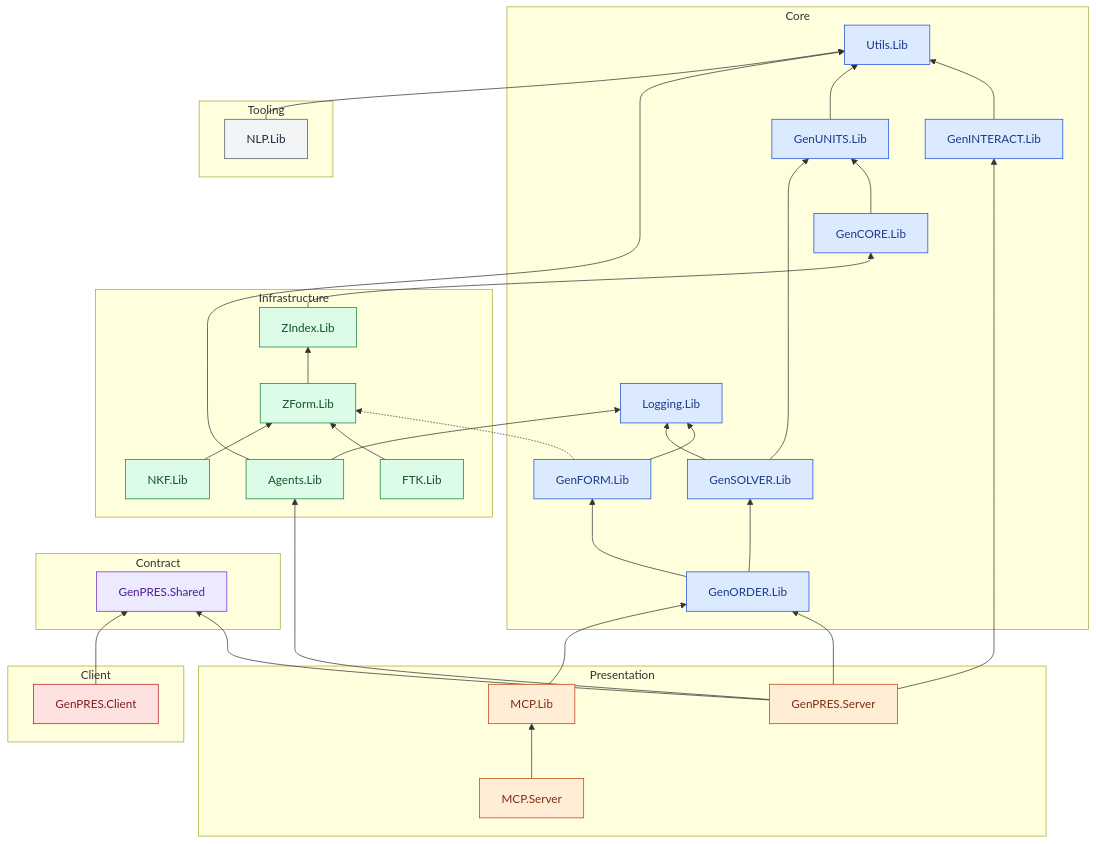
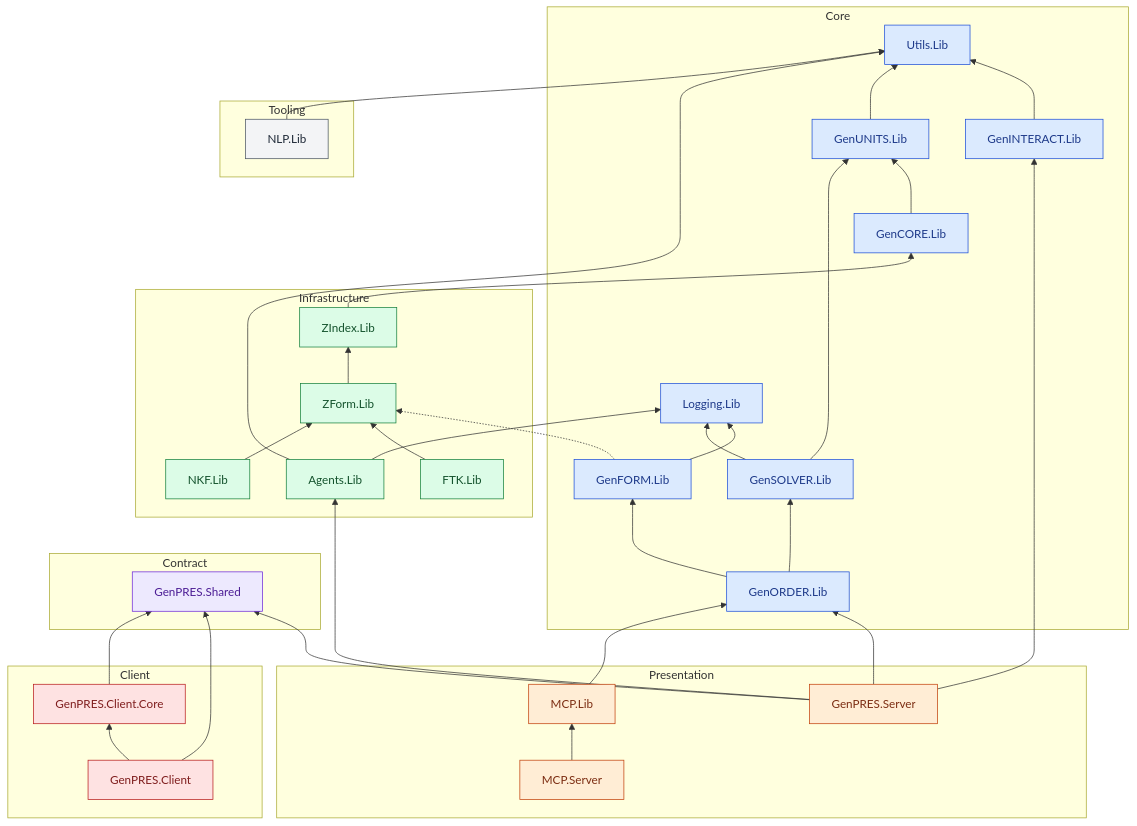
Before and after one commit to informedica/GenPRES: the diagram in ARCHITECTURE.md, drawn with Mermaid. The commit also changed other lines of this file and 19 other files, not shown here.

````diff
--- a/ARCHITECTURE.md
+++ b/ARCHITECTURE.md
@@ -23,69 +23,72 @@
 ```mermaid
 graph BT
     subgraph Core
         GenCORE_Lib["GenCORE.Lib"]
         GenFORM_Lib["GenFORM.Lib"]
         GenINTERACT_Lib["GenINTERACT.Lib"]
         GenORDER_Lib["GenORDER.Lib"]
         GenSOLVER_Lib["GenSOLVER.Lib"]
         GenUNITS_Lib["GenUNITS.Lib"]
         Logging_Lib["Logging.Lib"]
         Utils_Lib["Utils.Lib"]
     end
     subgraph Contract
         GenPRES_Shared["GenPRES.Shared"]
     end
     subgraph Infrastructure
         Agents_Lib["Agents.Lib"]
         FTK_Lib["FTK.Lib"]
         NKF_Lib["NKF.Lib"]
         ZForm_Lib["ZForm.Lib"]
         ZIndex_Lib["ZIndex.Lib"]
     end
     subgraph Presentation
         GenPRES_Server["GenPRES.Server"]
         MCP_Lib["MCP.Lib"]
         MCP_Server["MCP.Server"]
     end
     subgraph Client
         GenPRES_Client["GenPRES.Client"]
+        GenPRES_Client_Core["GenPRES.Client.Core"]
     end
     subgraph Tooling
         NLP_Lib["NLP.Lib"]
     end
     GenCORE_Lib --> GenUNITS_Lib
     GenFORM_Lib --> Logging_Lib
     GenFORM_Lib -.-> ZForm_Lib
     GenINTERACT_Lib --> Utils_Lib
     GenORDER_Lib --> GenSOLVER_Lib
     GenORDER_Lib --> GenFORM_Lib
     GenSOLVER_Lib --> GenUNITS_Lib
     GenSOLVER_Lib --> Logging_Lib
     GenUNITS_Lib --> Utils_Lib
     Agents_Lib --> Utils_Lib
     Agents_Lib --> Logging_Lib
     FTK_Lib --> ZForm_Lib
     NKF_Lib --> ZForm_Lib
     ZForm_Lib --> ZIndex_Lib
     ZIndex_Lib --> GenCORE_Lib
     GenPRES_Server --> GenPRES_Shared
     GenPRES_Server --> GenORDER_Lib
     GenPRES_Server --> GenINTERACT_Lib
     GenPRES_Server --> Agents_Lib
     MCP_Lib --> GenORDER_Lib
     MCP_Server --> MCP_Lib
+    GenPRES_Client --> GenPRES_Client_Core
     GenPRES_Client --> GenPRES_Shared
+    GenPRES_Client_Core --> GenPRES_Shared
     NLP_Lib --> Utils_Lib
     classDef Core fill:#dbeafe,stroke:#1d4ed8,color:#1e3a8a
     class GenCORE_Lib,GenFORM_Lib,GenINTERACT_Lib,GenORDER_Lib,GenSOLVER_Lib,GenUNITS_Lib,Logging_Lib,Utils_Lib Core
     classDef Contract fill:#ede9fe,stroke:#6d28d9,color:#4c1d95
     class GenPRES_Shared Contract
     classDef Infrastructure fill:#dcfce7,stroke:#15803d,color:#14532d
     class Agents_Lib,FTK_Lib,NKF_Lib,ZForm_Lib,ZIndex_Lib Infrastructure
     classDef Presentation fill:#ffedd5,stroke:#c2410c,color:#7c2d12
     class GenPRES_Server,MCP_Lib,MCP_Server Presentation
     classDef Client fill:#fee2e2,stroke:#b91c1c,color:#7f1d1d
-    class GenPRES_Client Client
+    class GenPRES_Client,GenPRES_Client_Core Client
     classDef Tooling fill:#f3f4f6,stroke:#4b5563,color:#1f2937
     class NLP_Lib Tooling
 ```
````
